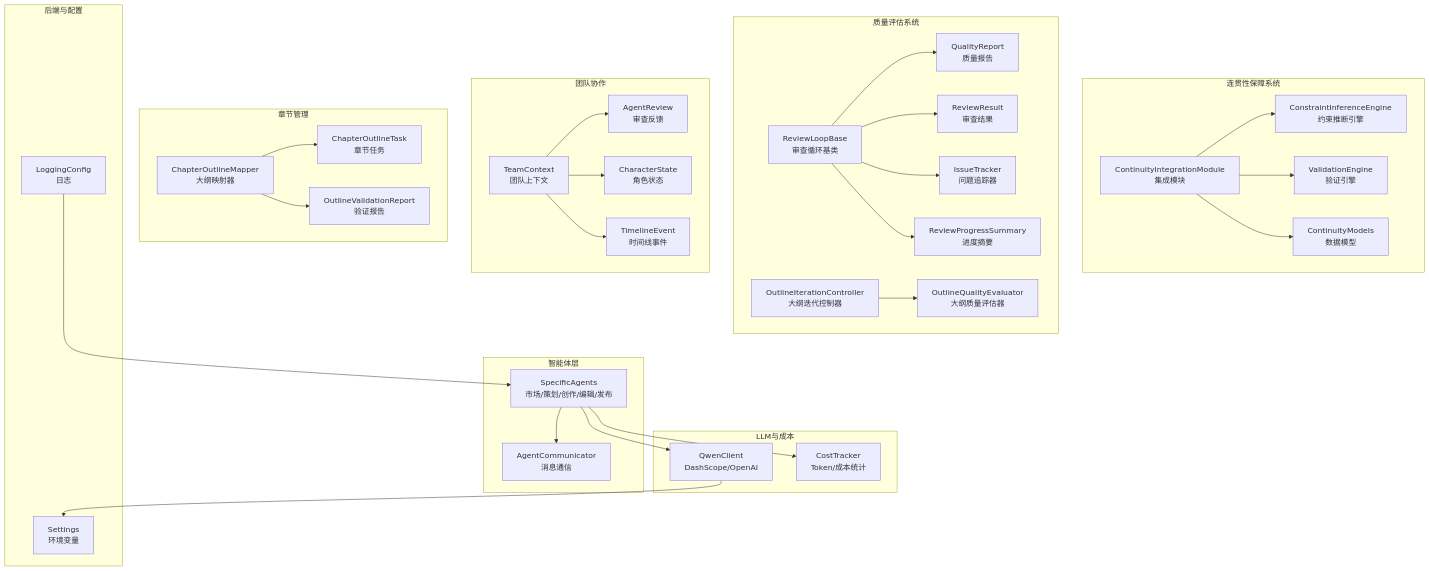
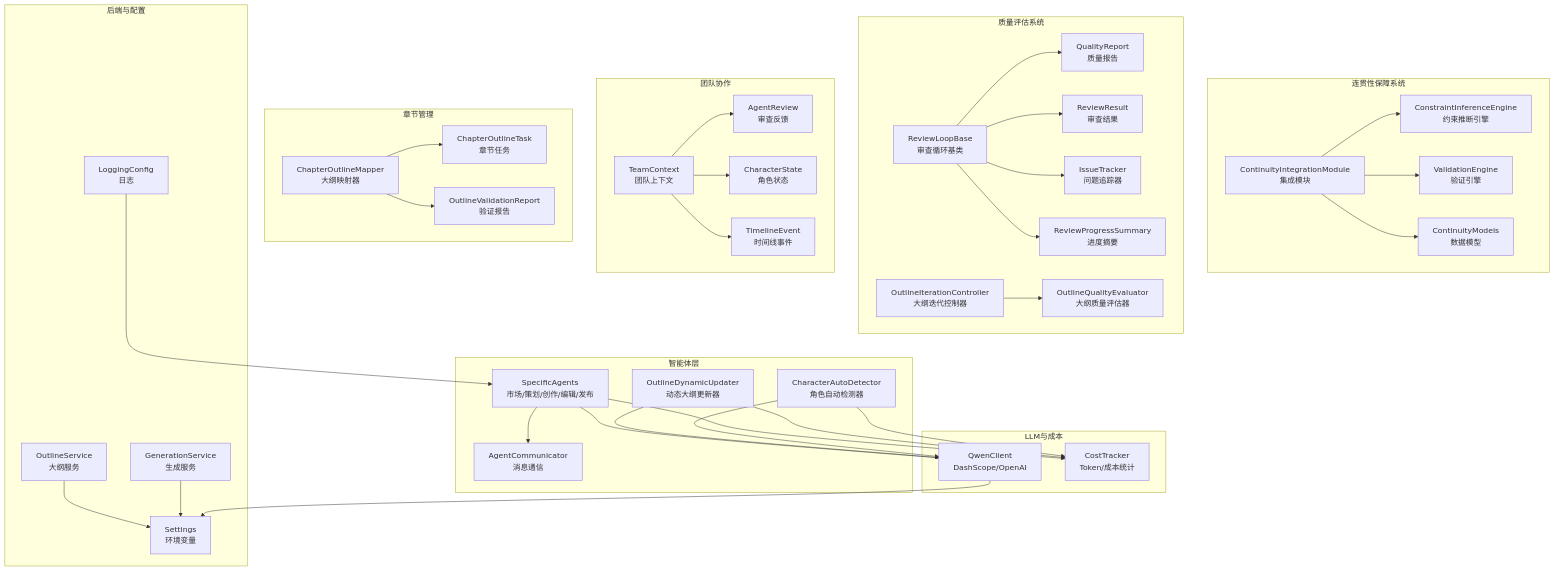
Before and after one commit to xfbyxq/ai-novel-system: the first of 18 diagrams in .qoder/repowiki/zh/content/AI智能体系统/AI智能体系统.md, drawn with Mermaid. The commit also changed other lines of this file and 11 other files, not shown here.

````diff
--- a/.qoder/repowiki/zh/content/AI智能体系统/AI智能体系统.md
+++ b/.qoder/repowiki/zh/content/AI智能体系统/AI智能体系统.md
@@ -83,59 +104,69 @@
 ```mermaid
 graph TB
 subgraph "智能体层"
 AC["AgentCommunicator<br/>消息通信"]
 SA["SpecificAgents<br/>市场/策划/创作/编辑/发布"]
+ODU["OutlineDynamicUpdater<br/>动态大纲更新器"]
+CAD["CharacterAutoDetector<br/>角色自动检测器"]
 end
 subgraph "连贯性保障系统"
 CIM["ContinuityIntegrationModule<br/>集成模块"]
 CIE["ConstraintInferenceEngine<br/>约束推断引擎"]
 VE["ValidationEngine<br/>验证引擎"]
 CM["ContinuityModels<br/>数据模型"]
 end
 subgraph "质量评估系统"
 RLB["ReviewLoopBase<br/>审查循环基类"]
 QR["QualityReport<br/>质量报告"]
 RR["ReviewResult<br/>审查结果"]
 IE["IssueTracker<br/>问题追踪器"]
 RS["ReviewProgressSummary<br/>进度摘要"]
 OIC["OutlineIterationController<br/>大纲迭代控制器"]
 OQE["OutlineQualityEvaluator<br/>大纲质量评估器"]
 end
 subgraph "团队协作"
 TC["TeamContext<br/>团队上下文"]
 AR["AgentReview<br/>审查反馈"]
 CS["CharacterState<br/>角色状态"]
 TL["TimelineEvent<br/>时间线事件"]
 end
 subgraph "章节管理"
 COM["ChapterOutlineMapper<br/>大纲映射器"]
 COT["ChapterOutlineTask<br/>章节任务"]
 OVR["OutlineValidationReport<br/>验证报告"]
 end
 subgraph "LLM与成本"
 QC["QwenClient<br/>DashScope/OpenAI"]
 CT["CostTracker<br/>Token/成本统计"]
 end
 subgraph "后端与配置"
 CFG["Settings<br/>环境变量"]
 LOG["LoggingConfig<br/>日志"]
+OS["OutlineService<br/>大纲服务"]
+GS["GenerationService<br/>生成服务"]
 end
 SA --> AC
 SA --> QC
 SA --> CT
+ODU --> QC
+ODU --> CT
+CAD --> QC
+CAD --> CT
 CIM --> CIE
 CIM --> VE
 CIM --> CM
 RLB --> QR
 RLB --> RR
 RLB --> IE
 RLB --> RS
 OIC --> OQE
 TC --> AR
 TC --> CS
 TC --> TL
 COM --> COT
 COM --> OVR
+OS --> CFG
+GS --> CFG
 QC --> CFG
 LOG --> SA
 ```
````
